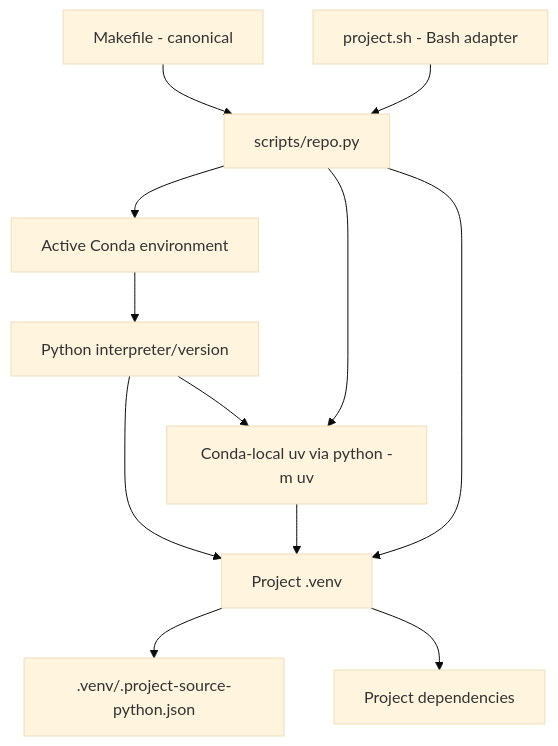
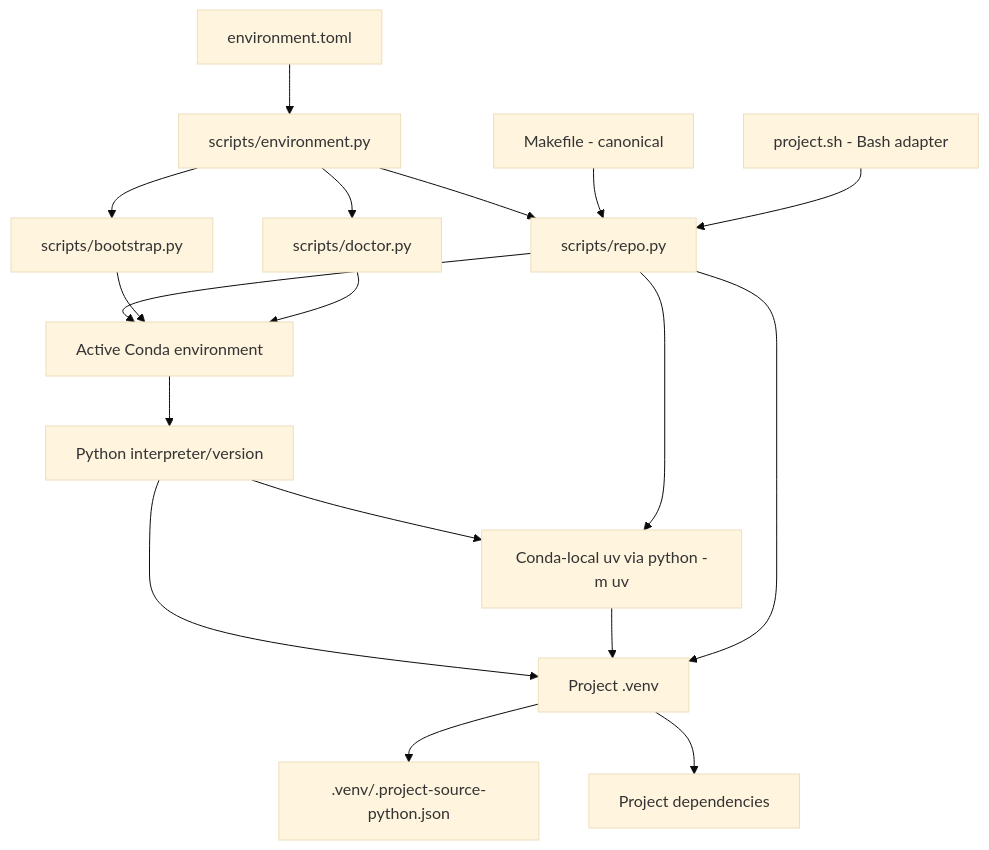
Before and after one commit to dante-souza/python_scaffolding: the diagram in docs/architecture/environment-contract.md, drawn with Mermaid (base theme). The commit also changed other lines of this file and 3 other files, not shown here.

````diff
--- a/docs/architecture/environment-contract.md
+++ b/docs/architecture/environment-contract.md
@@ -5,14 +9,20 @@
 ```mermaid
 flowchart TD
+    CFG[environment.toml] --> ENV[scripts/environment.py]
+    ENV --> CLI[scripts/repo.py]
+    ENV --> BOOT[scripts/bootstrap.py]
+    ENV --> DOC[scripts/doctor.py]
     C[Active Conda environment] --> P[Python interpreter/version]
     P --> U[Conda-local uv via python -m uv]
     P --> V[Project .venv]
     U --> V
     V --> M[.venv/.project-source-python.json]
     V --> D[Project dependencies]
-    CLI[scripts/repo.py] --> C
+    CLI --> C
+    BOOT --> C
+    DOC --> C
     CLI --> U
     CLI --> V
     MK[Makefile - canonical] --> CLI
     SH[project.sh - Bash adapter] --> CLI
 ```
````
